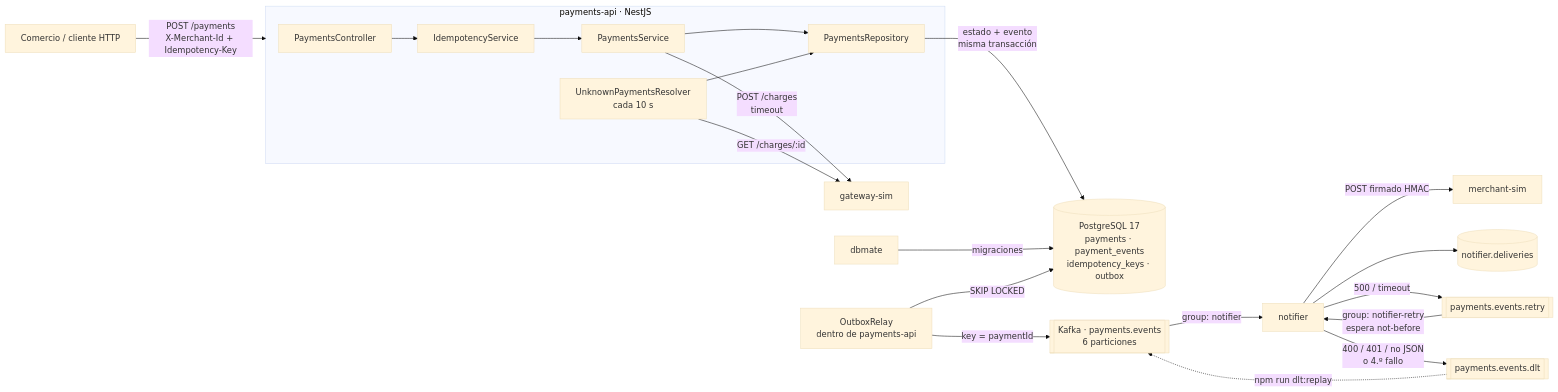
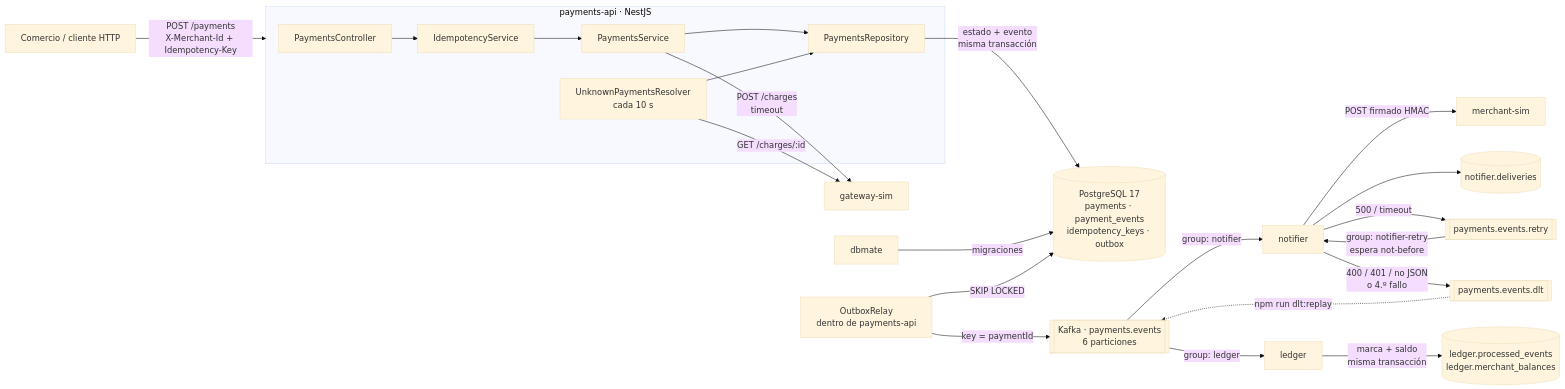
One commit to Giancho2000/pago-lab changed the first of 2 diagrams in README.md. Above: the diagram before and after it, drawn with Mermaid (base theme). The commit also changed other lines of this file and 13 other files, not shown here.

````diff
--- a/README.md
+++ b/README.md
@@ -55,26 +61,28 @@
 ```mermaid
 flowchart LR
   C[Comercio / cliente HTTP] -->|"POST /payments<br/>X-Merchant-Id + Idempotency-Key"| API
 
   subgraph API[payments-api · NestJS]
     CTRL[PaymentsController] --> IDEM[IdempotencyService]
     IDEM --> SVC[PaymentsService]
     SVC --> REPO[PaymentsRepository]
     RES[UnknownPaymentsResolver<br/>cada 10 s] --> REPO
   end
 
   SVC -->|"POST /charges<br/>timeout"| GW[gateway-sim]
   RES -->|"GET /charges/:id"| GW
   REPO -->|"estado + evento<br/>misma transacción"| PG[(PostgreSQL 17<br/>payments · payment_events<br/>idempotency_keys · outbox)]
   MIG[dbmate] -->|migraciones| PG
 
   RELAY[OutboxRelay<br/>dentro de payments-api] -->|"SKIP LOCKED"| PG
   RELAY -->|"key = paymentId"| K[[Kafka · payments.events<br/>6 particiones]]
   K -->|"group: notifier"| N[notifier]
   N -->|"POST firmado HMAC"| MS[merchant-sim]
   N --> ND[(notifier.deliveries)]
   N -->|"500 / timeout"| RT[[payments.events.retry]]
   RT -->|"group: notifier-retry<br/>espera not-before"| N
   N -->|"400 / 401 / no JSON<br/>o 4.º fallo"| DLT[[payments.events.dlt]]
   DLT -.->|"npm run dlt:replay"| K
+  K -->|"group: ledger"| L[ledger]
+  L -->|"marca + saldo<br/>misma transacción"| LB[(ledger.processed_events<br/>ledger.merchant_balances)]
 ```
````
